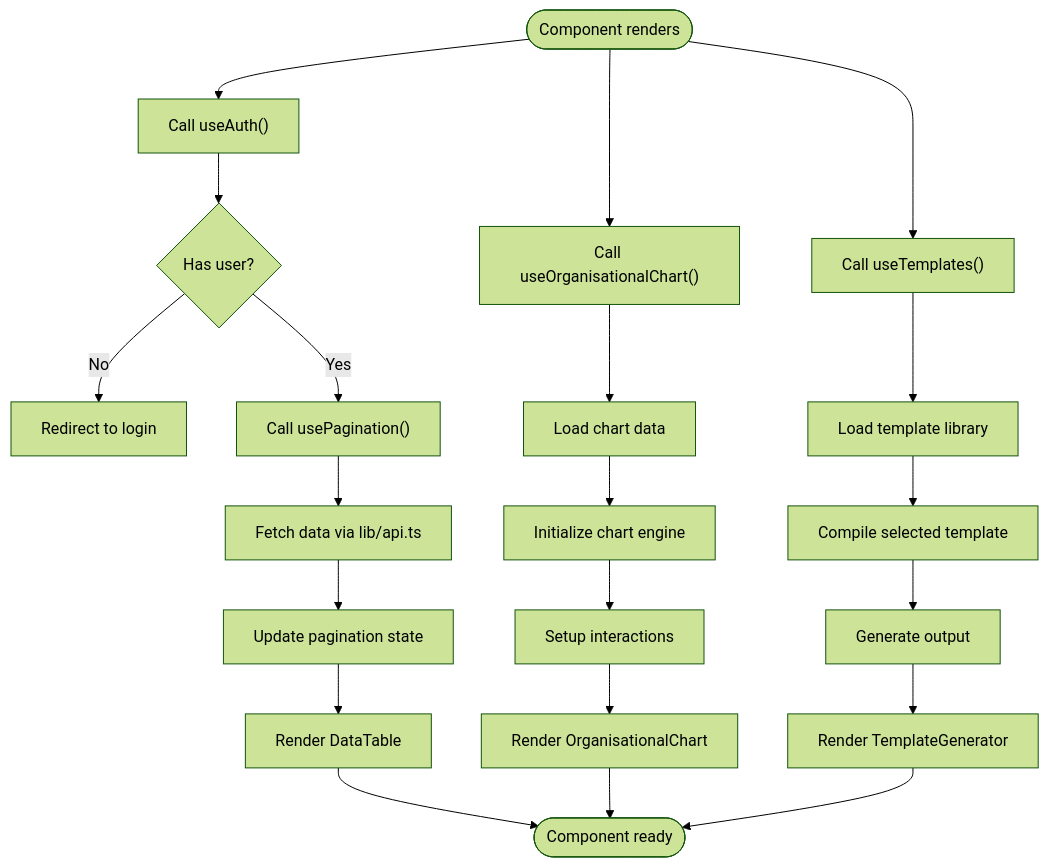
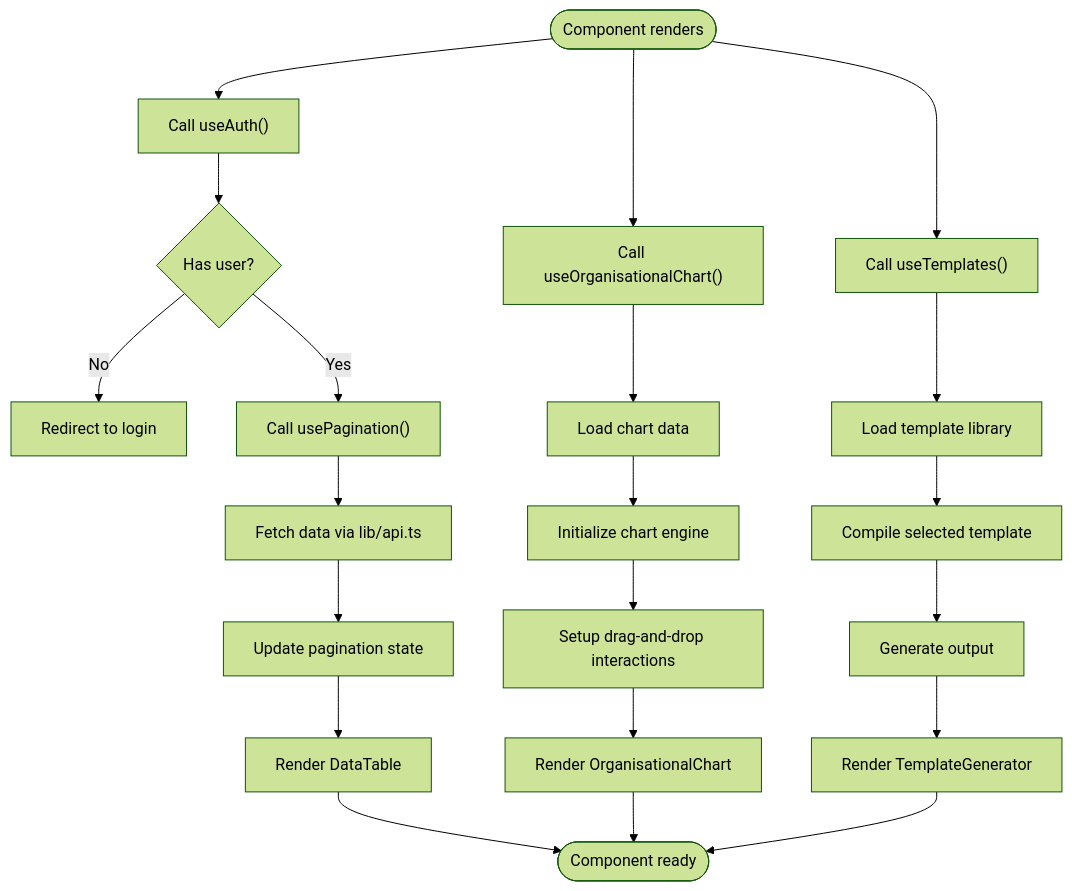
The ninth of 11 diagrams in .qoder/repowiki/en/content/System Architecture/Frontend Architecture/Component Architecture/Component Architecture.md (franckylab/eLISAschool), drawn with Mermaid (forest theme) before and after one commit. The commit also changed other lines of this file and 101 other files, not shown here.

First line of the commit message:
docs(architecture): document refonte de l’architecture backend et améliorations frontend

````diff
--- a/.qoder/repowiki/en/content/System Architecture/Frontend Architecture/Component Architecture/Component Architecture.md
+++ b/.qoder/repowiki/en/content/System Architecture/Frontend Architecture/Component Architecture/Component Architecture.md
@@ -585,23 +657,23 @@
 ```mermaid
 flowchart TD
 Start(["Component renders"]) --> UseAuth["Call useAuth()"]
 UseAuth --> HasUser{"Has user?"}
 HasUser --> |No| Redirect["Redirect to login"]
 HasUser --> |Yes| UsePagination["Call usePagination()"]
 UsePagination --> FetchData["Fetch data via lib/api.ts"]
 FetchData --> UpdateState["Update pagination state"]
 UpdateState --> RenderTable["Render DataTable"]
 Start --> UseChart["Call useOrganisationalChart()"]
 UseChart --> LoadChartData["Load chart data"]
 LoadChartData --> InitializeChart["Initialize chart engine"]
-InitializeChart --> SetupInteractions["Setup interactions"]
+InitializeChart --> SetupInteractions["Setup drag-and-drop interactions"]
 SetupInteractions --> RenderChart["Render OrganisationalChart"]
 Start --> UseTemplates["Call useTemplates()"]
 UseTemplates --> LoadTemplates["Load template library"]
 LoadTemplates --> CompileTemplate["Compile selected template"]
 CompileTemplate --> GenerateOutput["Generate output"]
 GenerateOutput --> RenderTemplate["Render TemplateGenerator"]
 RenderTable --> End(["Component ready"])
 RenderChart --> End
 RenderTemplate --> End
 ```
````
